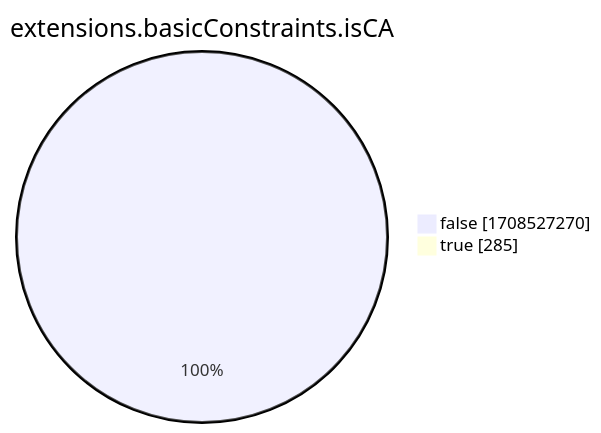
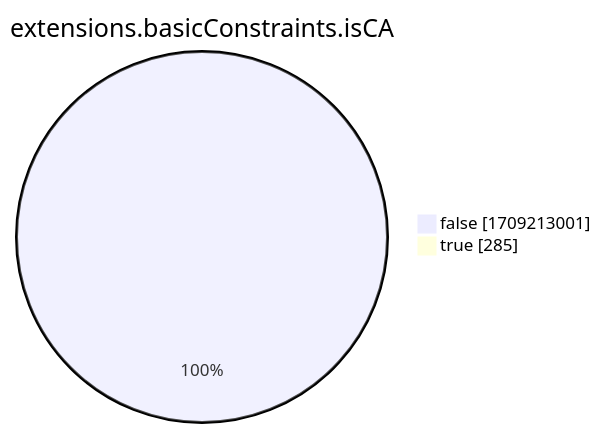
Before and after one commit to christiankrug/ctmonitor_visualization: the eighth of 15 diagrams in xenon2022/README.md, drawn with Mermaid. The commit also changed other lines of this file, not shown here.

````diff
--- a/xenon2022/README.md
+++ b/xenon2022/README.md
@@ -2865,6 +2865,6 @@
 ```mermaid
 pie showData
 title extensions.basicConstraints.isCA
-"false" :1708527270
+"false" :1709213001
 "true" :285
 ```
````
